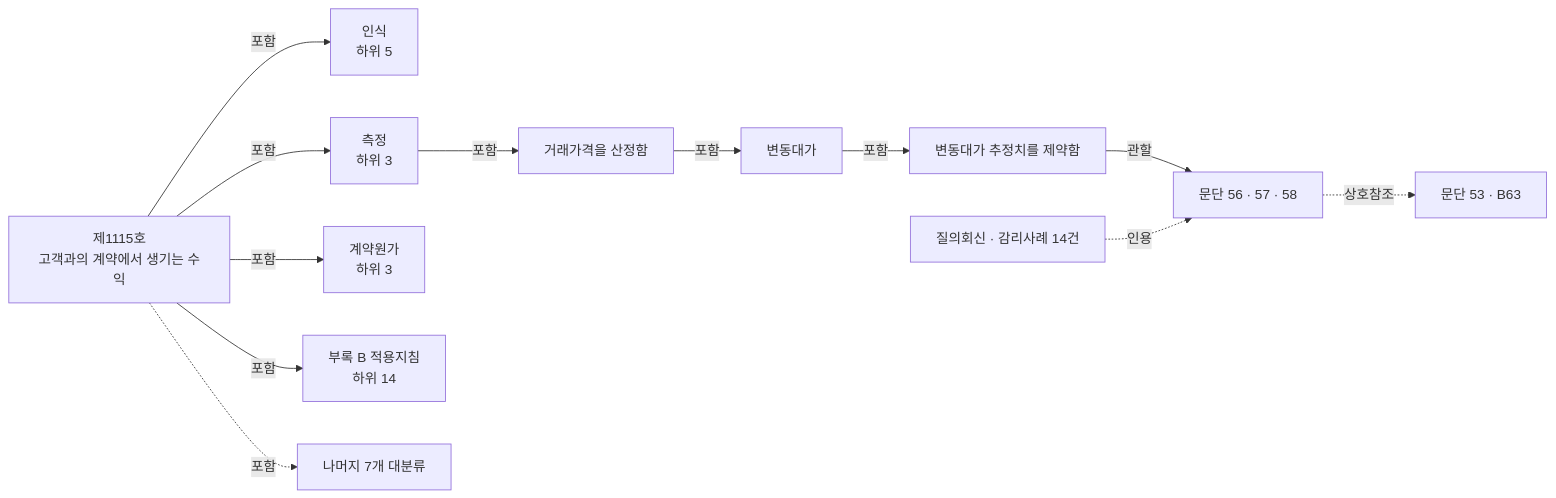
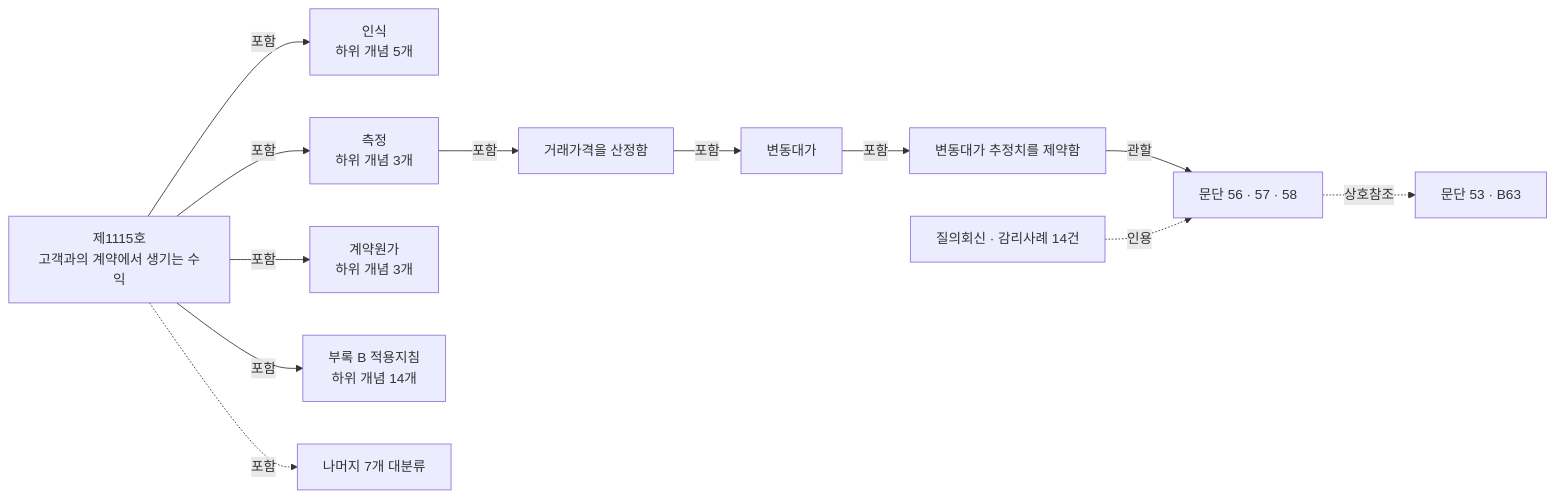
Before and after one commit to ghdtjrgns321-creator/k-ifrs-1115: the diagram in README.md, drawn with Mermaid.

Commit message:
docs(readme): 도식 라벨을 하위 개념 수로 명시

````diff
--- a/README.md
+++ b/README.md
@@ -13,16 +13,16 @@
 ```mermaid
 graph LR
     R["제1115호<br/>고객과의 계약에서 생기는 수익"]
-    R -->|포함| T3["인식<br/>하위 5"]
-    R -->|포함| T4["측정<br/>하위 3"]
-    R -->|포함| T5["계약원가<br/>하위 3"]
-    R -->|포함| T8["부록 B 적용지침<br/>하위 14"]
+    R -->|포함| T3["인식<br/>하위 개념 5개"]
+    R -->|포함| T4["측정<br/>하위 개념 3개"]
+    R -->|포함| T5["계약원가<br/>하위 개념 3개"]
+    R -->|포함| T8["부록 B 적용지침<br/>하위 개념 14개"]
     R -.->|포함| ETC["나머지 7개 대분류"]
 
     T4 -->|포함| M1["거래가격을 산정함"]
     M1 -->|포함| M2["변동대가"]
     M2 -->|포함| M3["변동대가 추정치를 제약함"]
     M3 -->|관할| P["문단 56 · 57 · 58"]
     P -.->|상호참조| P2["문단 53 · B63"]
     S["질의회신 · 감리사례 14건"] -.->|인용| P
 ```
````
